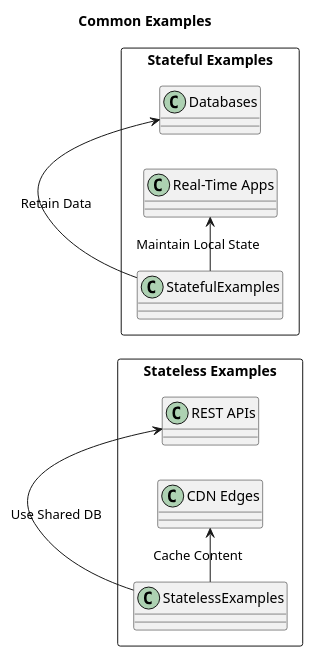
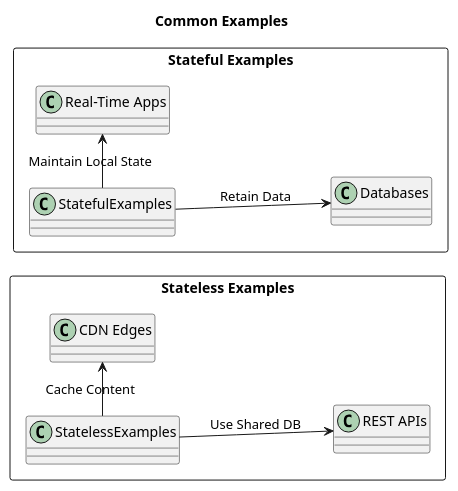
Before and after one commit to madajaju/CS8395: the second of 3 diagrams in doc/Week05/stateless-vs-stateful-services/README.marp.adoc, drawn with PlantUML. The commit also changed other lines of this file and 20 other files, not shown here.

```diff
--- a/doc/Week05/stateless-vs-stateful-services/README.marp.adoc
+++ b/doc/Week05/stateless-vs-stateful-services/README.marp.adoc
@@ -87,15 +103,15 @@
-[plantuml]
+[plantuml, format=svg, width=100%]
 ....
 @startuml
-  title Common Examples
-  left to right direction
-  rectangle "Stateless Examples" as StatelessExamples {
-    StatelessExamples -> "REST APIs" : "Use Shared DB"
-    StatelessExamples -> "CDN Edges" : "Cache Content"
-  }
-  rectangle "Stateful Examples" as StatefulExamples {
-    StatefulExamples -> "Databases" : "Retain Data"
-    StatefulExamples -> "Real-Time Apps" : "Maintain Local State"
-  }
+title Common Examples
+left to right direction
+rectangle "Stateless Examples" as StatelessExamples {
+  StatelessExamples --> "REST APIs" : "Use Shared DB"
+  StatelessExamples -> "CDN Edges" : "Cache Content"
+}
+rectangle "Stateful Examples" as StatefulExamples {
+  StatefulExamples --> "Databases" : "Retain Data"
+  StatefulExamples -> "Real-Time Apps" : "Maintain Local State"
+}
 @enduml
 ....
```
